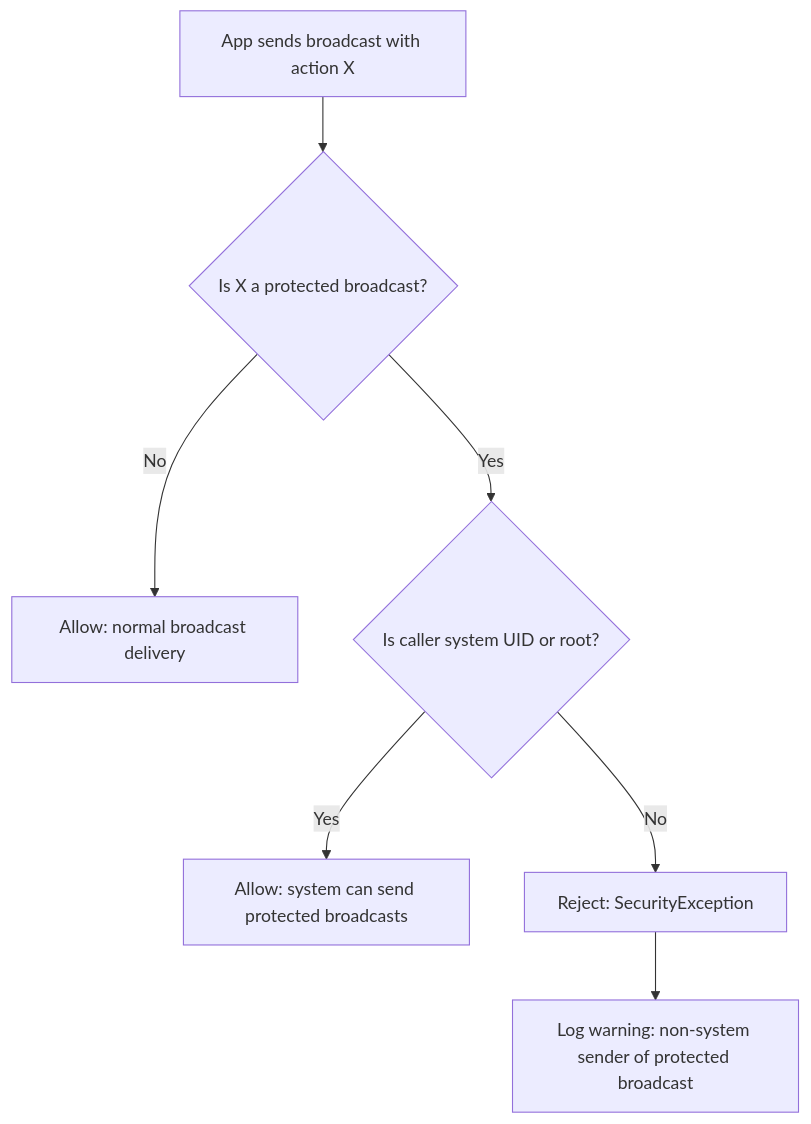
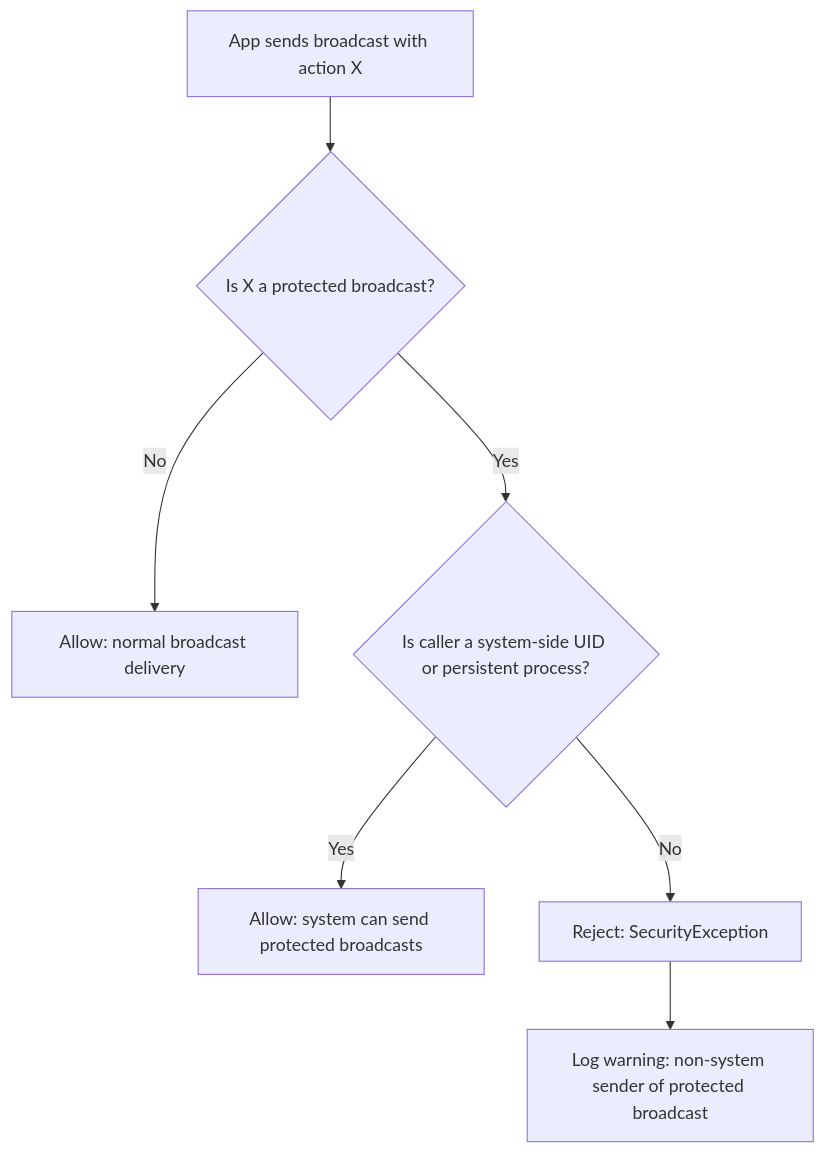
Before and after one commit to aospbooks/aosp-internal-book: diagram 22 of 31 in 21-intent-system.md, drawn with Mermaid. The commit also changed other lines of this file and 218 other files, not shown here.

````diff
--- a/21-intent-system.md
+++ b/21-intent-system.md
@@ -2475,9 +2536,9 @@
 ```mermaid
 flowchart TD
     A[App sends broadcast with action X] --> B{Is X a protected broadcast?}
     B -->|No| C[Allow: normal broadcast delivery]
-    B -->|Yes| D{Is caller system UID or root?}
+    B -->|Yes| D{Is caller a system-side UID or persistent process?}
     D -->|Yes| E[Allow: system can send protected broadcasts]
     D -->|No| F[Reject: SecurityException]
     F --> G[Log warning: non-system sender of protected broadcast]
 ```
````
